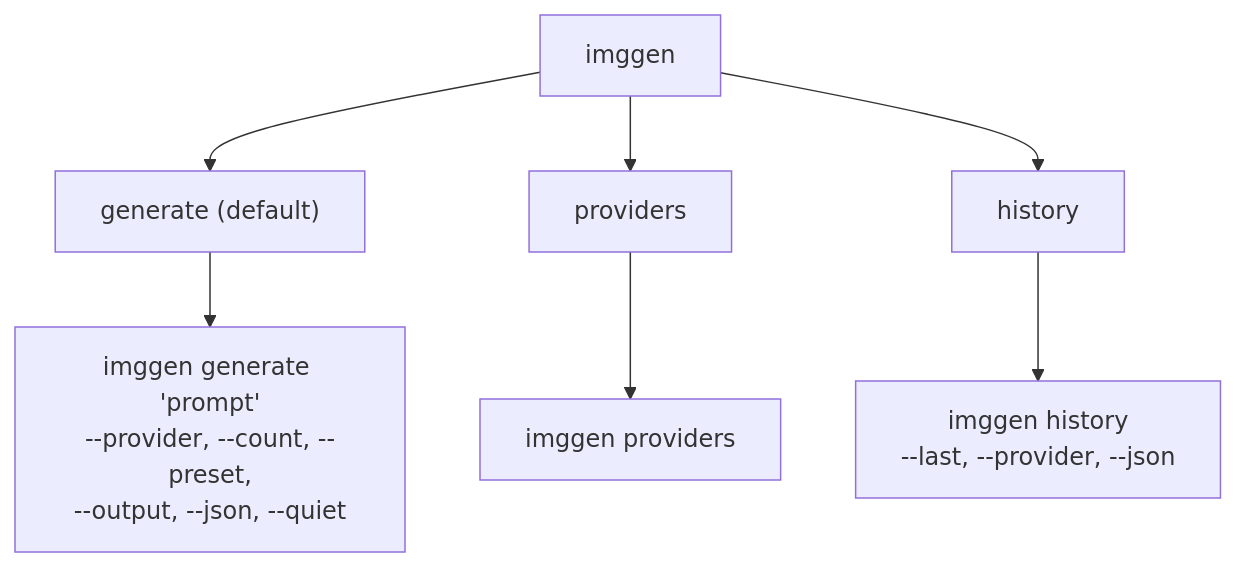
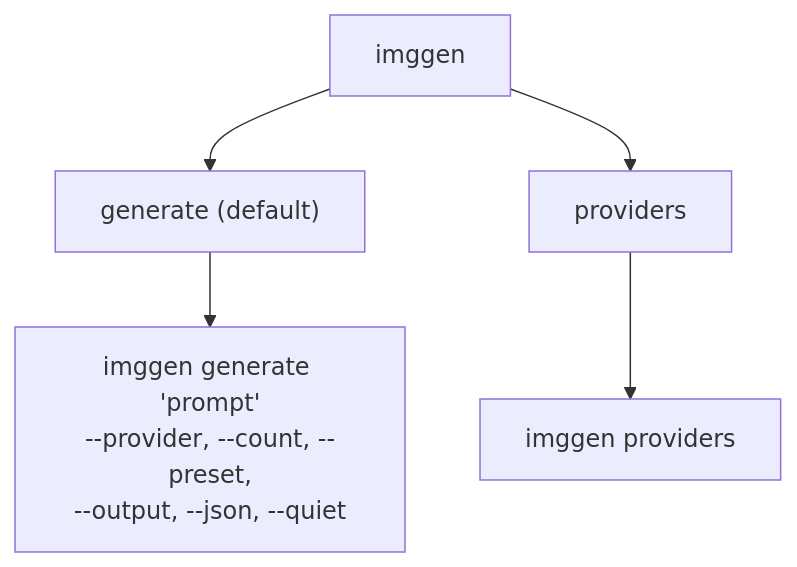
One commit to creche-studio/ImgGenAI changed the third of 7 diagrams in docs/design.md. Above: the diagram before and after it, drawn with Mermaid. The commit also changed other lines of this file and 2 other files, not shown here.

First line of the commit message:
Remove history subcommand

````diff
--- a/docs/design.md
+++ b/docs/design.md
@@ -103,12 +103,10 @@
 ```mermaid
 graph TD
     ROOT["imggen"]
 
     ROOT --> GENERATE["generate (default)"]
     ROOT --> PROVIDERS["providers"]
-    ROOT --> HISTORY["history"]
 
     GENERATE --> G1["imggen generate 'prompt'<br/>--provider, --count, --preset,<br/>--output, --json, --quiet"]
     PROVIDERS --> P1["imggen providers"]
-    HISTORY --> H1["imggen history<br/>--last, --provider, --json"]
 ```
````
